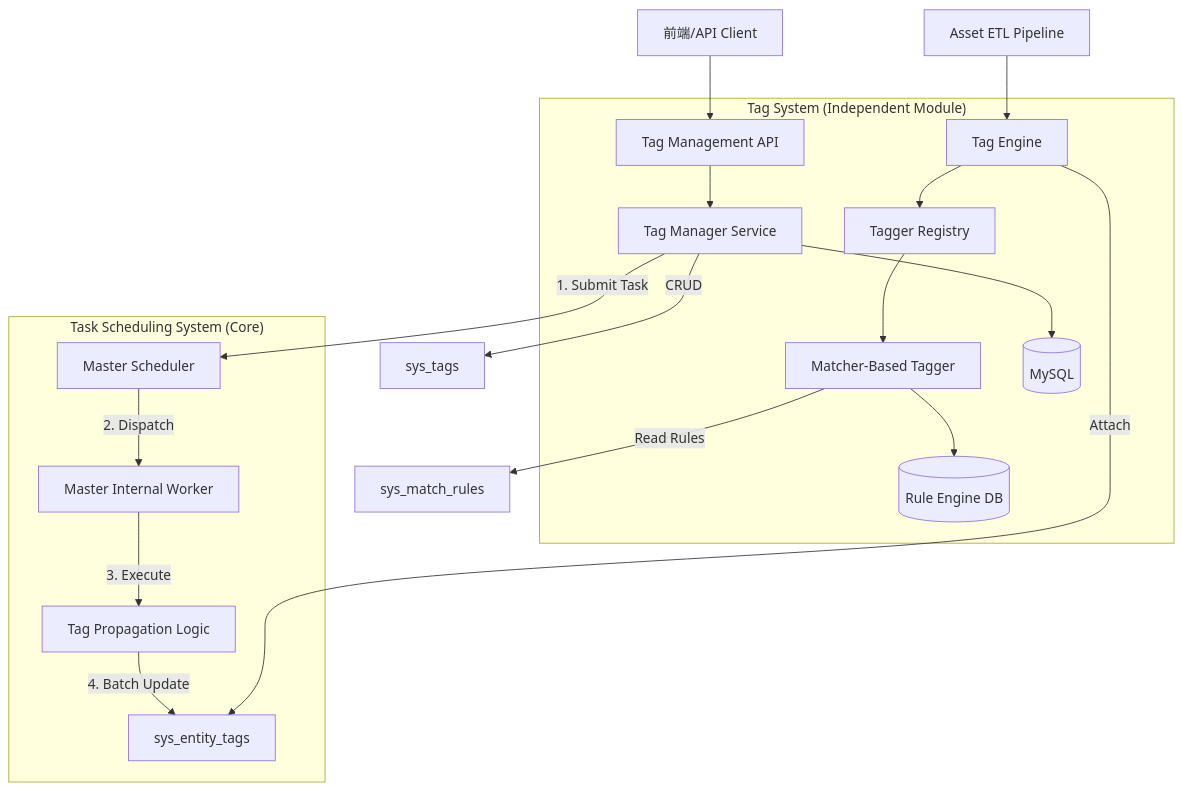
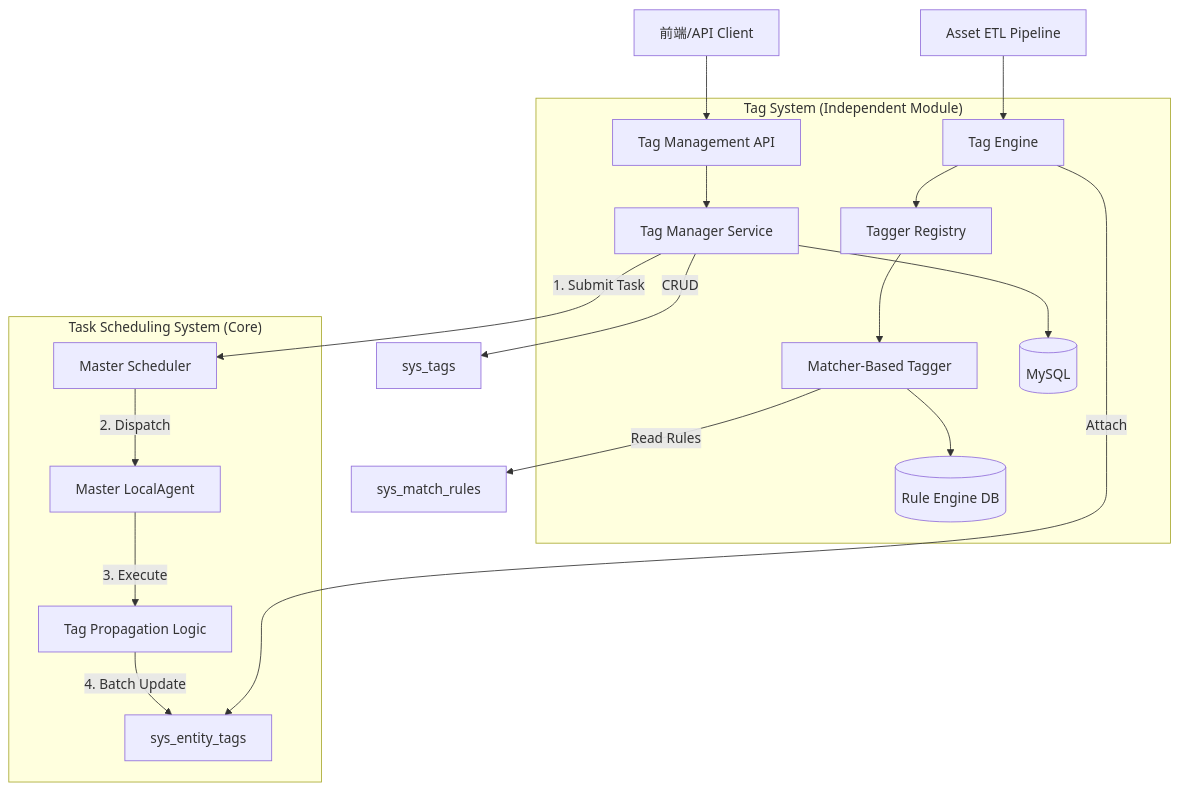
Before and after one commit to sun977/NeoScan: the diagram in neoMaster/docs/TagSystem/DESIGN_TagSystem.md, drawn with Mermaid. The commit also changed other lines of this file and 9 other files, not shown here.

````diff
--- a/neoMaster/docs/TagSystem/DESIGN_TagSystem.md
+++ b/neoMaster/docs/TagSystem/DESIGN_TagSystem.md
@@ -10,26 +10,26 @@
 ```mermaid
 graph TD
     Client[前端/API Client] --> TagAPI[Tag Management API]
     AssetETL[Asset ETL Pipeline] --> TagEngine[Tag Engine]
     
     subgraph "Tag System (Independent Module)"
         TagAPI --> TagMgr[Tag Manager Service]
         TagEngine --> TaggerRegistry[Tagger Registry]
         
         TaggerRegistry --> MatcherTagger[Matcher-Based Tagger]
         
         TagMgr --> DB[(MySQL)]
         MatcherTagger --> RuleDB[(Rule Engine DB)]
     end
     
     subgraph "Task Scheduling System (Core)"
         TagMgr -- 1. Submit Task --> TaskScheduler[Master Scheduler]
-        TaskScheduler -- 2. Dispatch --> InternalWorker[Master Internal Worker]
+        TaskScheduler -- 2. Dispatch --> InternalWorker[Master LocalAgent]
         InternalWorker -- 3. Execute --> TagPropagator[Tag Propagation Logic]
         TagPropagator -- 4. Batch Update --> SysEntityTags
     end
     
     TagMgr -- CRUD --> SysTags[sys_tags]
     MatcherTagger -- Read Rules --> SysMatchRules[sys_match_rules]
     TagEngine -- Attach --> SysEntityTags[sys_entity_tags]
 ```
````
